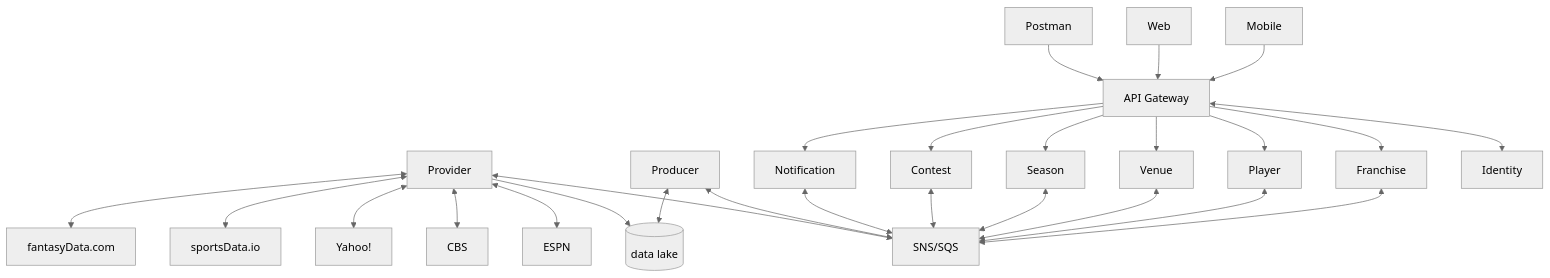
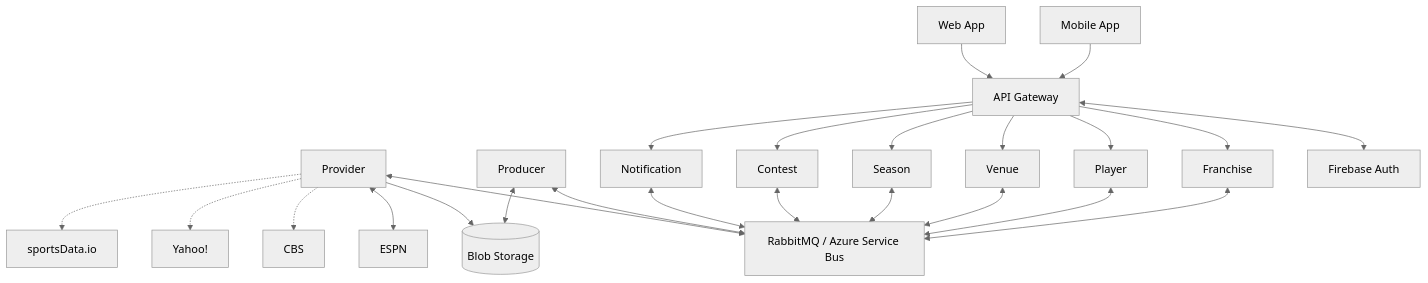
One commit to jrandallsexton/sports-data-core changed the first of 2 diagrams in README.md. Above: the diagram before and after it, drawn with Mermaid (neutral theme). The commit also changed other lines of this file and 86 other files, not shown here.

````diff
--- a/README.md
+++ b/README.md
@@ -105,43 +104,40 @@
 ```mermaid
 flowchart TD
     PV[Provider]
-    DL[(data lake)]
-    PV --> DL
+    BLOB[(Blob Storage)]
+    PV --> BLOB
     PD[Producer]
-    PD <--> DL
-    MSG[SNS/SQS]
+    PD <--> BLOB
+    MSG[RabbitMQ / Azure Service Bus]
     N[Notification]
     C[Contest]
     S[Season]
     V[Venue]
     PL[Player]
     FR[Franchise]
-    ID[Identity]
     API[API Gateway]
-    API <--> ID
-    WCPOST[Postman]
-    WCWEB[Web]
-    WCMOB[Mobile]
+    AUTH[Firebase Auth]
+    API <--> AUTH
+    WCWEB[Web App]
+    WCMOB[Mobile App]
     PV <--> ESPN[ESPN]
-    PV <--> CBS[CBS]
-    PV <--> YAHOO[Yahoo!]
-    PV <--> SDIO[sportsData.io]
-    PV <--> FD[fantasyData.com]
+    PV -.-> CBS[CBS]
+    PV -.-> YAHOO[Yahoo!]
+    PV -.-> SDIO[sportsData.io]
     PV <--> MSG
     PD <--> MSG
     N <--> MSG
     C <--> MSG
     S <--> MSG
     V <--> MSG
     PL <--> MSG
     FR <--> MSG
     API --> C
     API --> S
     API --> V
     API --> PL
     API --> FR
     API --> N
-    WCPOST --> API
     WCWEB --> API
     WCMOB --> API
 ```
````
